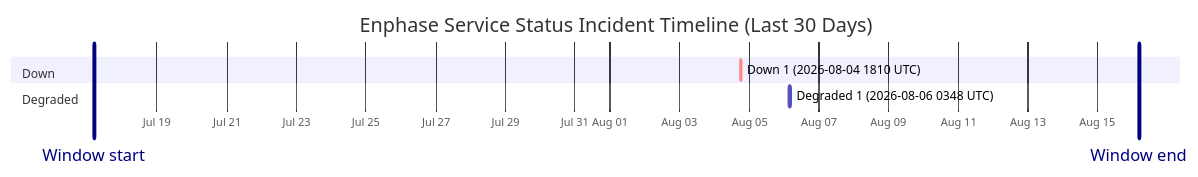
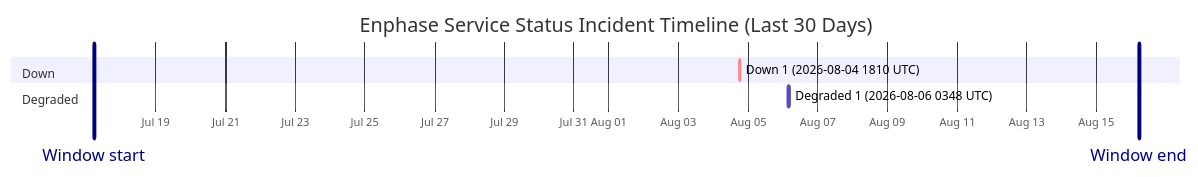
Before and after one commit to barneyonline/ha-enphase-energy: the diagram in wiki/Service-Status-History.md, drawn with Mermaid. The commit also changed other lines of this file and 3 other files, not shown here.

````diff
--- a/wiki/Service-Status-History.md
+++ b/wiki/Service-Status-History.md
@@ -14,12 +14,12 @@
 ```mermaid
 gantt
     title Enphase Service Status Incident Timeline (Last 30 Days)
     dateFormat  YYYY-MM-DDTHH:mm:ss
     axisFormat  %b %d
-    Window start :vert, window-start, 2026-07-17T04:33:41, 0ms
-    Window end :vert, window-end, 2026-08-16T04:33:41, 0ms
+    Window start :vert, window-start, 2026-07-17T05:25:44, 0ms
+    Window end :vert, window-end, 2026-08-16T05:25:44, 0ms
     section Down
     Down 1 (2026-08-04 1810 UTC) :crit, down-1, 2026-08-04T18:10:46, 60m
     section Degraded
     Degraded 1 (2026-08-06 0348 UTC) :active, degraded-1, 2026-08-06T03:48:14, 60m
 ```
````
